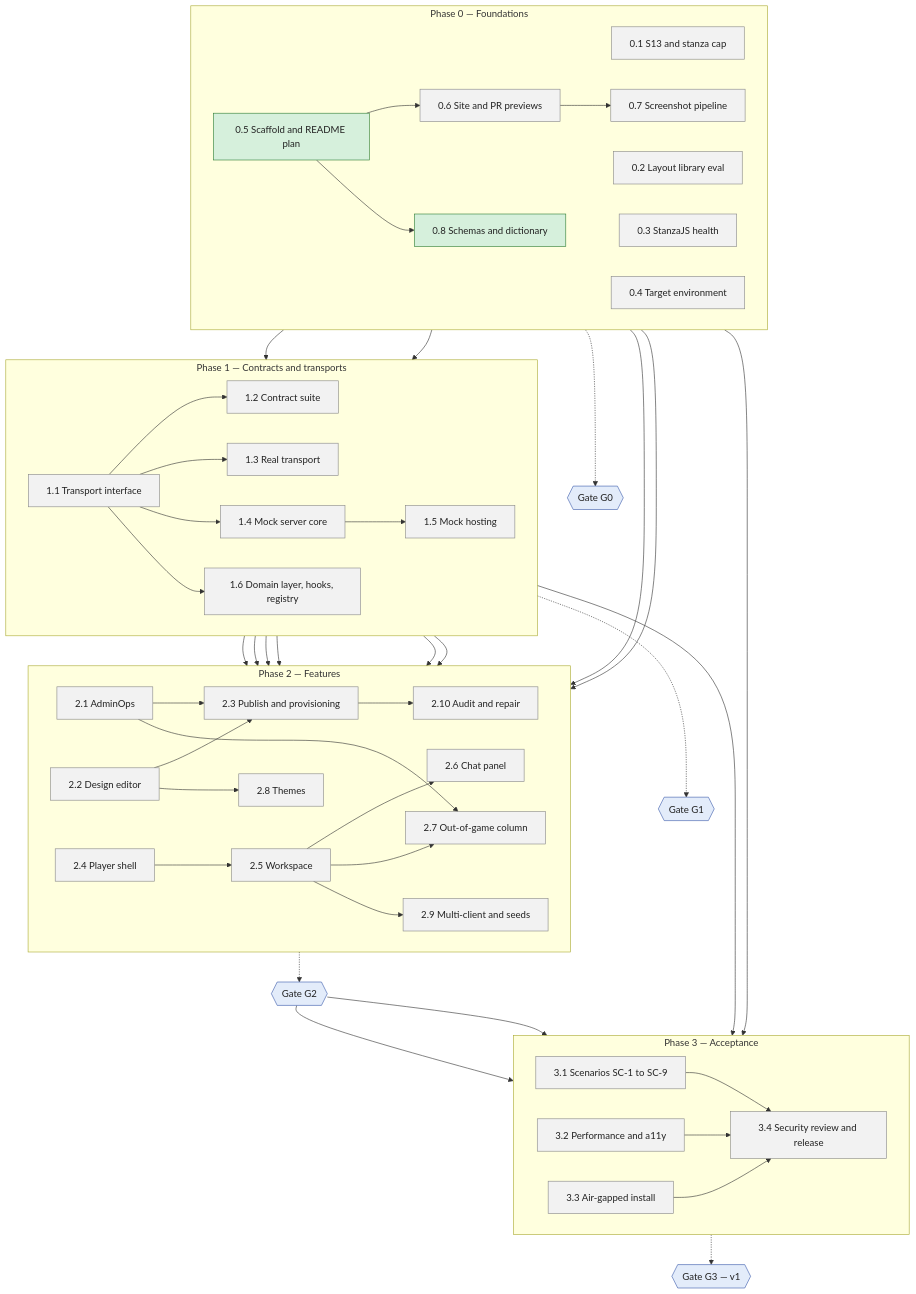
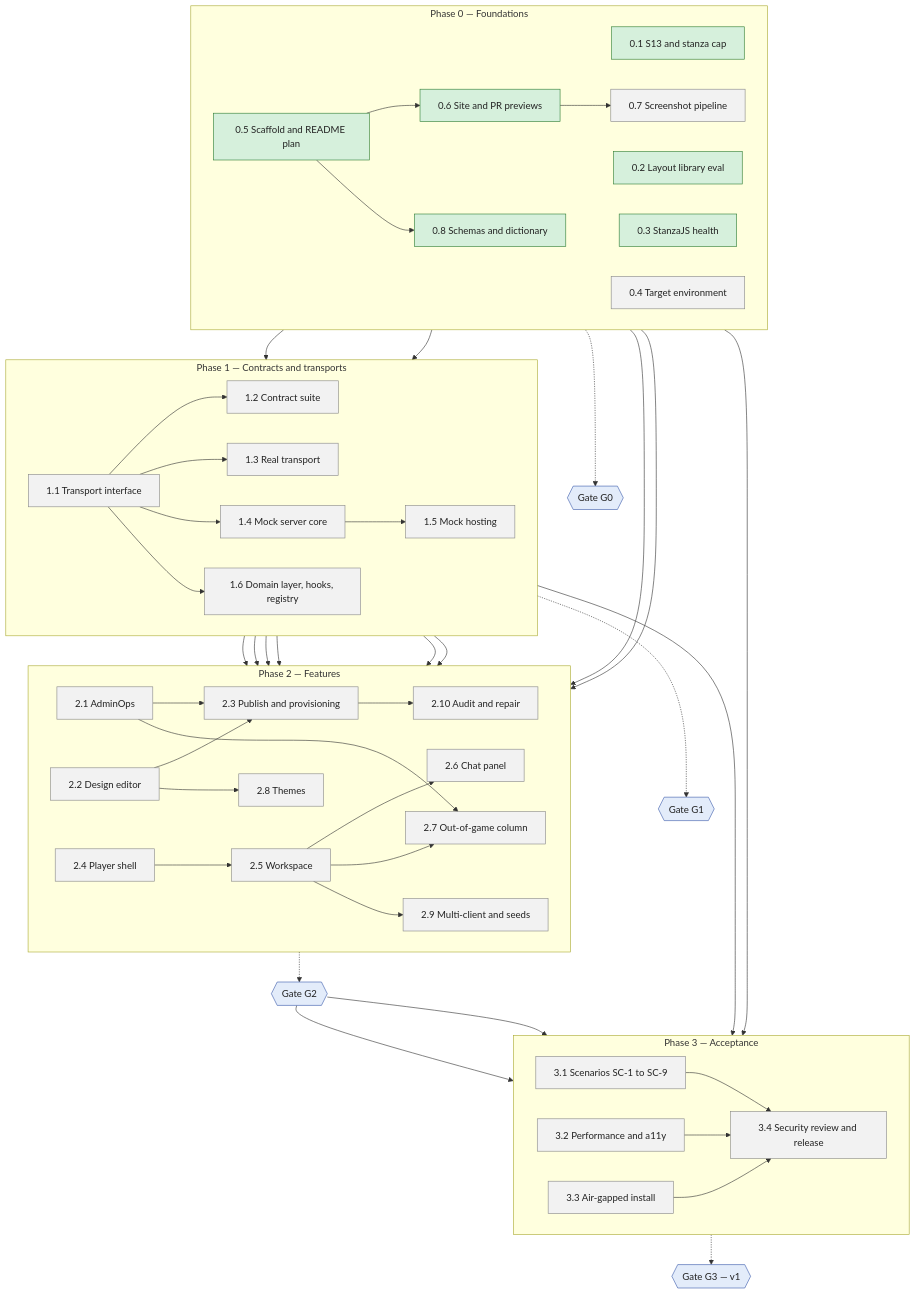
The diagram in README.md (serge-web/war-rooms-x2), drawn with Mermaid before and after one commit. The commit also changed 11 other files, not shown here.

First line of the commit message:
Record Phase 0 check results in the SRD, plan, briefs and README chart

````diff
--- a/README.md
+++ b/README.md
@@ -9,76 +9,76 @@
 ```mermaid
 flowchart TB
     subgraph P0["Phase 0 — Foundations"]
         direction LR
         wp01["0.1 S13 and stanza cap"]
         wp02["0.2 Layout library eval"]
         wp03["0.3 StanzaJS health"]
         wp04["0.4 Target environment"]
         wp05["0.5 Scaffold and README plan"]
         wp06["0.6 Site and PR previews"]
         wp07["0.7 Screenshot pipeline"]
         wp08["0.8 Schemas and dictionary"]
     end
     subgraph P1["Phase 1 — Contracts and transports"]
         direction LR
         wp11["1.1 Transport interface"]
         wp12["1.2 Contract suite"]
         wp13["1.3 Real transport"]
         wp14["1.4 Mock server core"]
         wp15["1.5 Mock hosting"]
         wp16["1.6 Domain layer, hooks, registry"]
     end
     subgraph P2["Phase 2 — Features"]
         direction LR
         wp21["2.1 AdminOps"]
         wp22["2.2 Design editor"]
         wp23["2.3 Publish and provisioning"]
         wp210["2.10 Audit and repair"]
         wp24["2.4 Player shell"]
         wp25["2.5 Workspace"]
         wp26["2.6 Chat panel"]
         wp27["2.7 Out-of-game column"]
         wp28["2.8 Themes"]
         wp29["2.9 Multi-client and seeds"]
     end
     subgraph P3["Phase 3 — Acceptance"]
         direction LR
         wp31["3.1 Scenarios SC-1 to SC-9"]
         wp32["3.2 Performance and a11y"]
         wp33["3.3 Air-gapped install"]
         wp34["3.4 Security review and release"]
     end
     G0{{"Gate G0"}}
     G1{{"Gate G1"}}
     G2{{"Gate G2"}}
     G3{{"Gate G3 — v1"}}
 
     wp05 --> wp06 --> wp07
     wp05 --> wp08
     wp03 & wp08 --> wp11
     wp11 --> wp12 & wp13 & wp14 & wp16
     wp14 --> wp15
     wp13 & wp16 & wp01 --> wp21
     wp16 --> wp22
     wp21 & wp22 --> wp23 --> wp210
     wp16 --> wp24
     wp02 & wp24 --> wp25 --> wp26
     wp25 & wp21 --> wp27
     wp16 & wp22 --> wp28
     wp15 & wp25 --> wp29
     wp04 & wp13 --> wp33
     wp31 & wp32 & wp33 --> wp34
     P0 -.-> G0
     P1 -.-> G1
     P2 -.-> G2
     G2 --> wp31 & wp32
     P3 -.-> G3
 
     classDef todo fill:#f2f2f2,stroke:#888,color:#222
     classDef active fill:#fff1c2,stroke:#c9a000,color:#222,stroke-width:2px
     classDef done fill:#d6f0dc,stroke:#2e7d32,color:#222
     classDef gate fill:#e3ecfa,stroke:#3b5bab,color:#222
-    class wp01,wp02,wp03,wp04,wp06,wp07,wp11,wp12,wp13,wp14,wp15,wp16,wp21,wp22,wp23,wp210,wp24,wp25,wp26,wp27,wp28,wp29,wp31,wp32,wp33,wp34 todo
-    class wp05,wp08 done
+    class wp04,wp07,wp11,wp12,wp13,wp14,wp15,wp16,wp21,wp22,wp23,wp210,wp24,wp25,wp26,wp27,wp28,wp29,wp31,wp32,wp33,wp34 todo
+    class wp01,wp02,wp03,wp05,wp06,wp08 done
     class G0,G1,G2,G3 gate
 ```
````
